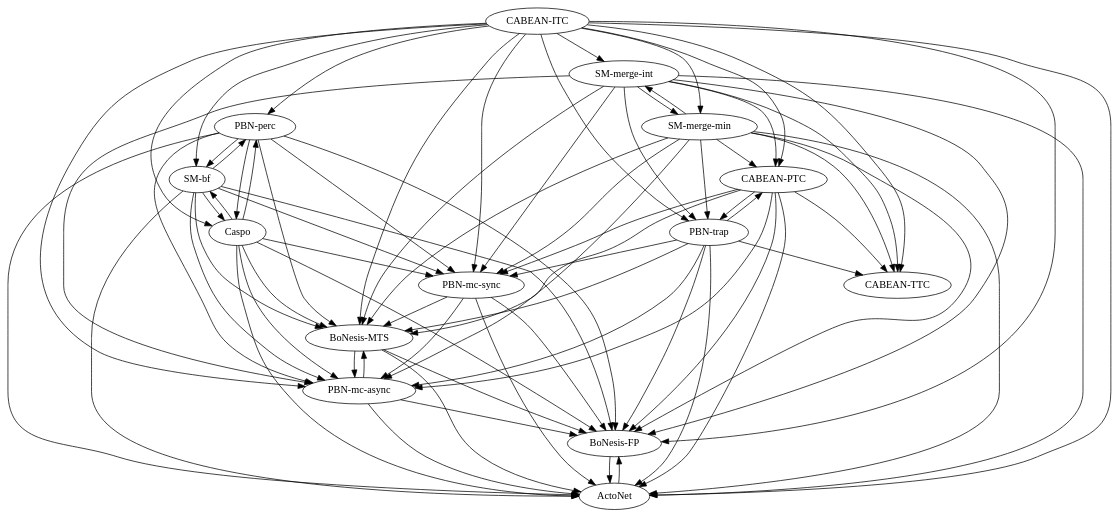
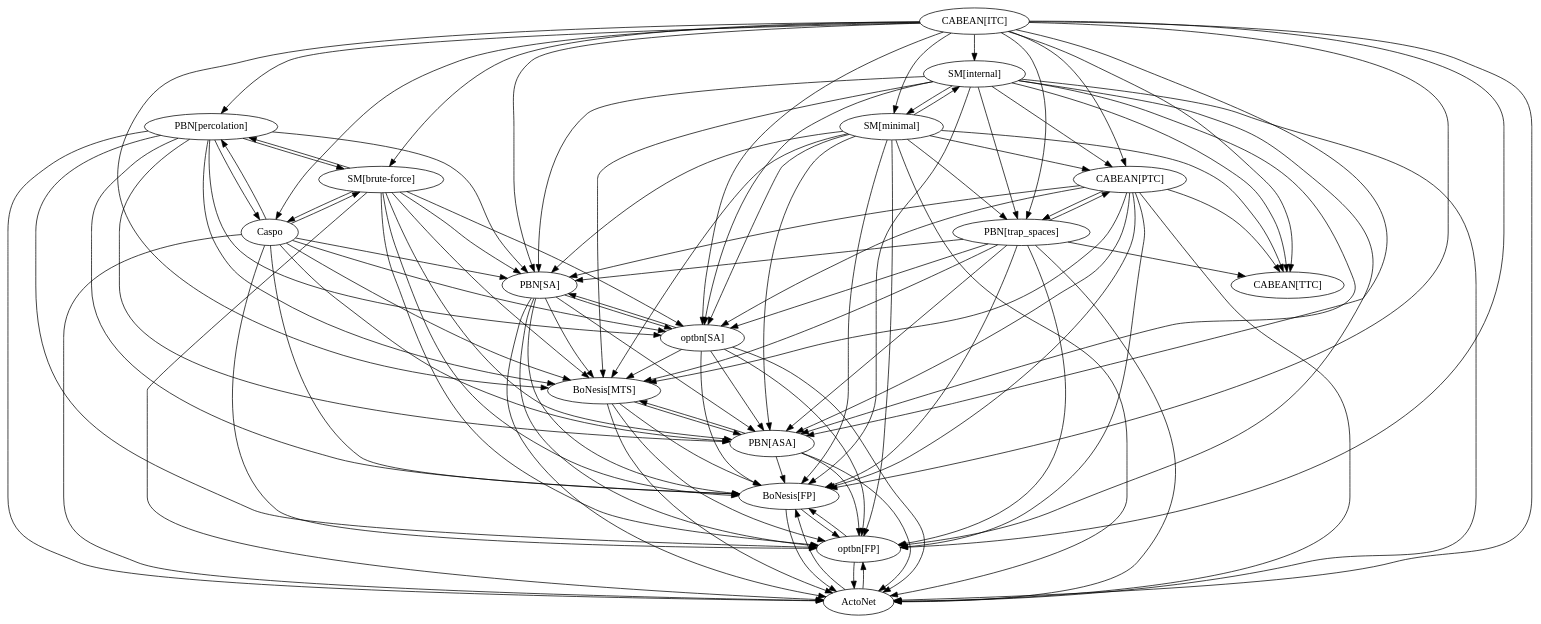
The diagram in experiments/results/practical/TumorInvasion/_graph.dot (kalebmoon07/BN-control-taxonomy), drawn with Graphviz before and after one commit. The commit also changed 195 other files, not shown here.

```diff
--- a/experiments/results/practical/TumorInvasion/_graph.dot
+++ b/experiments/results/practical/TumorInvasion/_graph.dot
@@ -1,94 +1,126 @@
 digraph G {
-"BoNesis-FP";
-"BoNesis-MTS";
-"CABEAN-ITC";
-"CABEAN-PTC";
-"CABEAN-TTC";
-"PBN-mc-async";
-"PBN-mc-sync";
-"PBN-perc";
-"PBN-trap";
-"SM-bf";
-"SM-merge-int";
-"SM-merge-min";
+"BoNesis[FP]";
+"BoNesis[MTS]";
+"CABEAN[ITC]";
+"CABEAN[PTC]";
+"CABEAN[TTC]";
+"PBN[ASA]";
+"PBN[SA]";
+"PBN[percolation]";
+"PBN[trap_spaces]";
+"SM[brute-force]";
+"SM[internal]";
+"SM[minimal]";
+"optbn[FP]";
+"optbn[SA]";
 ActoNet;
 Caspo;
-"BoNesis-FP" -> ActoNet;
-"BoNesis-MTS" -> "BoNesis-FP";
-"BoNesis-MTS" -> "PBN-mc-async";
-"BoNesis-MTS" -> ActoNet;
-"CABEAN-ITC" -> "BoNesis-FP";
-"CABEAN-ITC" -> "BoNesis-MTS";
-"CABEAN-ITC" -> "CABEAN-PTC";
-"CABEAN-ITC" -> "CABEAN-TTC";
-"CABEAN-ITC" -> "PBN-mc-async";
-"CABEAN-ITC" -> "PBN-mc-sync";
-"CABEAN-ITC" -> "PBN-perc";
-"CABEAN-ITC" -> "PBN-trap";
-"CABEAN-ITC" -> "SM-bf";
-"CABEAN-ITC" -> "SM-merge-int";
-"CABEAN-ITC" -> "SM-merge-min";
-"CABEAN-ITC" -> ActoNet;
-"CABEAN-ITC" -> Caspo;
-"CABEAN-PTC" -> "BoNesis-FP";
-"CABEAN-PTC" -> "BoNesis-MTS";
-"CABEAN-PTC" -> "CABEAN-TTC";
-"CABEAN-PTC" -> "PBN-mc-async";
-"CABEAN-PTC" -> "PBN-mc-sync";
-"CABEAN-PTC" -> "PBN-trap";
-"CABEAN-PTC" -> ActoNet;
-"PBN-mc-async" -> "BoNesis-FP";
-"PBN-mc-async" -> "BoNesis-MTS";
-"PBN-mc-async" -> ActoNet;
-"PBN-mc-sync" -> "BoNesis-FP";
-"PBN-mc-sync" -> "BoNesis-MTS";
-"PBN-mc-sync" -> "PBN-mc-async";
-"PBN-mc-sync" -> ActoNet;
-"PBN-perc" -> "BoNesis-FP";
-"PBN-perc" -> "BoNesis-MTS";
-"PBN-perc" -> "PBN-mc-async";
-"PBN-perc" -> "PBN-mc-sync";
-"PBN-perc" -> "SM-bf";
-"PBN-perc" -> ActoNet;
-"PBN-perc" -> Caspo;
-"PBN-trap" -> "BoNesis-FP";
-"PBN-trap" -> "BoNesis-MTS";
-"PBN-trap" -> "CABEAN-PTC";
-"PBN-trap" -> "CABEAN-TTC";
-"PBN-trap" -> "PBN-mc-async";
-"PBN-trap" -> "PBN-mc-sync";
-"PBN-trap" -> ActoNet;
-"SM-bf" -> "BoNesis-FP";
-"SM-bf" -> "BoNesis-MTS";
-"SM-bf" -> "PBN-mc-async";
-"SM-bf" -> "PBN-mc-sync";
-"SM-bf" -> "PBN-perc";
-"SM-bf" -> ActoNet;
-"SM-bf" -> Caspo;
-"SM-merge-int" -> "BoNesis-FP";
-"SM-merge-int" -> "BoNesis-MTS";
-"SM-merge-int" -> "CABEAN-PTC";
-"SM-merge-int" -> "CABEAN-TTC";
-"SM-merge-int" -> "PBN-mc-async";
-"SM-merge-int" -> "PBN-mc-sync";
-"SM-merge-int" -> "PBN-trap";
-"SM-merge-int" -> "SM-merge-min";
-"SM-merge-int" -> ActoNet;
-"SM-merge-min" -> "BoNesis-FP";
-"SM-merge-min" -> "BoNesis-MTS";
-"SM-merge-min" -> "CABEAN-PTC";
-"SM-merge-min" -> "CABEAN-TTC";
-"SM-merge-min" -> "PBN-mc-async";
-"SM-merge-min" -> "PBN-mc-sync";
-"SM-merge-min" -> "PBN-trap";
-"SM-merge-min" -> "SM-merge-int";
-"SM-merge-min" -> ActoNet;
-ActoNet -> "BoNesis-FP";
-Caspo -> "BoNesis-FP";
-Caspo -> "BoNesis-MTS";
-Caspo -> "PBN-mc-async";
-Caspo -> "PBN-mc-sync";
-Caspo -> "PBN-perc";
-Caspo -> "SM-bf";
+"BoNesis[FP]" -> "optbn[FP]";
+"BoNesis[FP]" -> ActoNet;
+"BoNesis[MTS]" -> "BoNesis[FP]";
+"BoNesis[MTS]" -> "PBN[ASA]";
+"BoNesis[MTS]" -> "optbn[FP]";
+"BoNesis[MTS]" -> ActoNet;
+"CABEAN[ITC]" -> "BoNesis[FP]";
+"CABEAN[ITC]" -> "BoNesis[MTS]";
+"CABEAN[ITC]" -> "CABEAN[PTC]";
+"CABEAN[ITC]" -> "CABEAN[TTC]";
+"CABEAN[ITC]" -> "PBN[ASA]";
+"CABEAN[ITC]" -> "PBN[SA]";
+"CABEAN[ITC]" -> "PBN[percolation]";
+"CABEAN[ITC]" -> "PBN[trap_spaces]";
+"CABEAN[ITC]" -> "SM[brute-force]";
+"CABEAN[ITC]" -> "SM[internal]";
+"CABEAN[ITC]" -> "SM[minimal]";
+"CABEAN[ITC]" -> "optbn[FP]";
+"CABEAN[ITC]" -> "optbn[SA]";
+"CABEAN[ITC]" -> ActoNet;
+"CABEAN[ITC]" -> Caspo;
+"CABEAN[PTC]" -> "BoNesis[FP]";
+"CABEAN[PTC]" -> "BoNesis[MTS]";
+"CABEAN[PTC]" -> "CABEAN[TTC]";
+"CABEAN[PTC]" -> "PBN[ASA]";
+"CABEAN[PTC]" -> "PBN[SA]";
+"CABEAN[PTC]" -> "PBN[trap_spaces]";
+"CABEAN[PTC]" -> "optbn[FP]";
+"CABEAN[PTC]" -> "optbn[SA]";
+"CABEAN[PTC]" -> ActoNet;
+"PBN[ASA]" -> "BoNesis[FP]";
+"PBN[ASA]" -> "BoNesis[MTS]";
+"PBN[ASA]" -> "optbn[FP]";
+"PBN[ASA]" -> ActoNet;
+"PBN[SA]" -> "BoNesis[FP]";
+"PBN[SA]" -> "BoNesis[MTS]";
+"PBN[SA]" -> "PBN[ASA]";
+"PBN[SA]" -> "optbn[FP]";
+"PBN[SA]" -> "optbn[SA]";
+"PBN[SA]" -> ActoNet;
+"PBN[percolation]" -> "BoNesis[FP]";
+"PBN[percolation]" -> "BoNesis[MTS]";
+"PBN[percolation]" -> "PBN[ASA]";
+"PBN[percolation]" -> "PBN[SA]";
+"PBN[percolation]" -> "SM[brute-force]";
+"PBN[percolation]" -> "optbn[FP]";
+"PBN[percolation]" -> "optbn[SA]";
+"PBN[percolation]" -> ActoNet;
+"PBN[percolation]" -> Caspo;
+"PBN[trap_spaces]" -> "BoNesis[FP]";
+"PBN[trap_spaces]" -> "BoNesis[MTS]";
+"PBN[trap_spaces]" -> "CABEAN[PTC]";
+"PBN[trap_spaces]" -> "CABEAN[TTC]";
+"PBN[trap_spaces]" -> "PBN[ASA]";
+"PBN[trap_spaces]" -> "PBN[SA]";
+"PBN[trap_spaces]" -> "optbn[FP]";
+"PBN[trap_spaces]" -> "optbn[SA]";
+"PBN[trap_spaces]" -> ActoNet;
+"SM[brute-force]" -> "BoNesis[FP]";
+"SM[brute-force]" -> "BoNesis[MTS]";
+"SM[brute-force]" -> "PBN[ASA]";
+"SM[brute-force]" -> "PBN[SA]";
+"SM[brute-force]" -> "PBN[percolation]";
+"SM[brute-force]" -> "optbn[FP]";
+"SM[brute-force]" -> "optbn[SA]";
+"SM[brute-force]" -> ActoNet;
+"SM[brute-force]" -> Caspo;
+"SM[internal]" -> "BoNesis[FP]";
+"SM[internal]" -> "BoNesis[MTS]";
+"SM[internal]" -> "CABEAN[PTC]";
+"SM[internal]" -> "CABEAN[TTC]";
+"SM[internal]" -> "PBN[ASA]";
+"SM[internal]" -> "PBN[SA]";
+"SM[internal]" -> "PBN[trap_spaces]";
+"SM[internal]" -> "SM[minimal]";
+"SM[internal]" -> "optbn[FP]";
+"SM[internal]" -> "optbn[SA]";
+"SM[internal]" -> ActoNet;
+"SM[minimal]" -> "BoNesis[FP]";
+"SM[minimal]" -> "BoNesis[MTS]";
+"SM[minimal]" -> "CABEAN[PTC]";
+"SM[minimal]" -> "CABEAN[TTC]";
+"SM[minimal]" -> "PBN[ASA]";
+"SM[minimal]" -> "PBN[SA]";
+"SM[minimal]" -> "PBN[trap_spaces]";
+"SM[minimal]" -> "SM[internal]";
+"SM[minimal]" -> "optbn[FP]";
+"SM[minimal]" -> "optbn[SA]";
+"SM[minimal]" -> ActoNet;
+"optbn[FP]" -> "BoNesis[FP]";
+"optbn[FP]" -> ActoNet;
+"optbn[SA]" -> "BoNesis[FP]";
+"optbn[SA]" -> "BoNesis[MTS]";
+"optbn[SA]" -> "PBN[ASA]";
+"optbn[SA]" -> "PBN[SA]";
+"optbn[SA]" -> "optbn[FP]";
+"optbn[SA]" -> ActoNet;
+ActoNet -> "BoNesis[FP]";
+ActoNet -> "optbn[FP]";
+Caspo -> "BoNesis[FP]";
+Caspo -> "BoNesis[MTS]";
+Caspo -> "PBN[ASA]";
+Caspo -> "PBN[SA]";
+Caspo -> "PBN[percolation]";
+Caspo -> "SM[brute-force]";
+Caspo -> "optbn[FP]";
+Caspo -> "optbn[SA]";
 Caspo -> ActoNet;
 }
```
